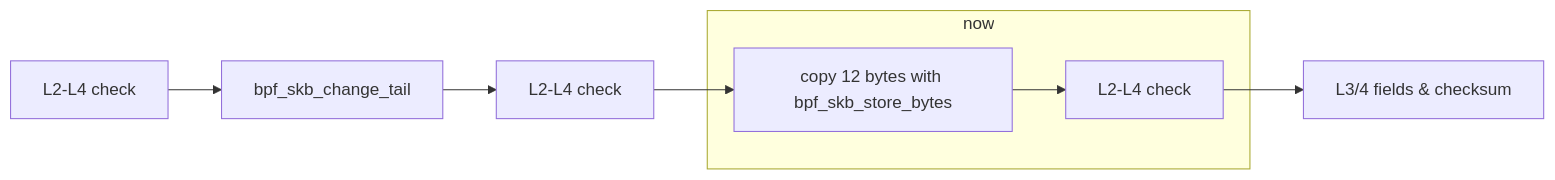
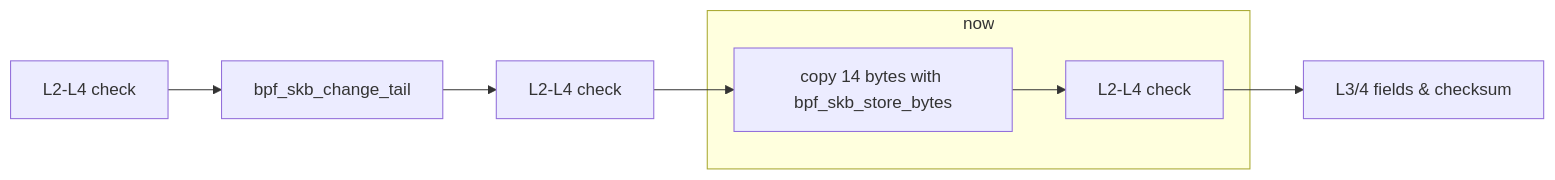
The fourth of 11 diagrams in docs/thesis/pre/slides.md (myl7/xdptun), drawn with Mermaid before and after one commit. The commit also changed other lines of this file, not shown here.

````diff
--- a/docs/thesis/pre/slides.md
+++ b/docs/thesis/pre/slides.md
@@ -203,8 +203,8 @@
 ```mermaid
 flowchart LR
-  S1[L2-L4 check] --> S2[bpf_skb_change_tail] --> S3[L2-L4 check] --> S4[copy 12 bytes with bpf_skb_store_bytes] --> S5[L2-L4 check] --> S6[L3/4 fields & checksum]
+  S1[L2-L4 check] --> S2[bpf_skb_change_tail] --> S3[L2-L4 check] --> S4[copy 14 bytes with bpf_skb_store_bytes] --> S5[L2-L4 check] --> S6[L3/4 fields & checksum]
   subgraph now
     S4
     S5
   end
 ```
````
